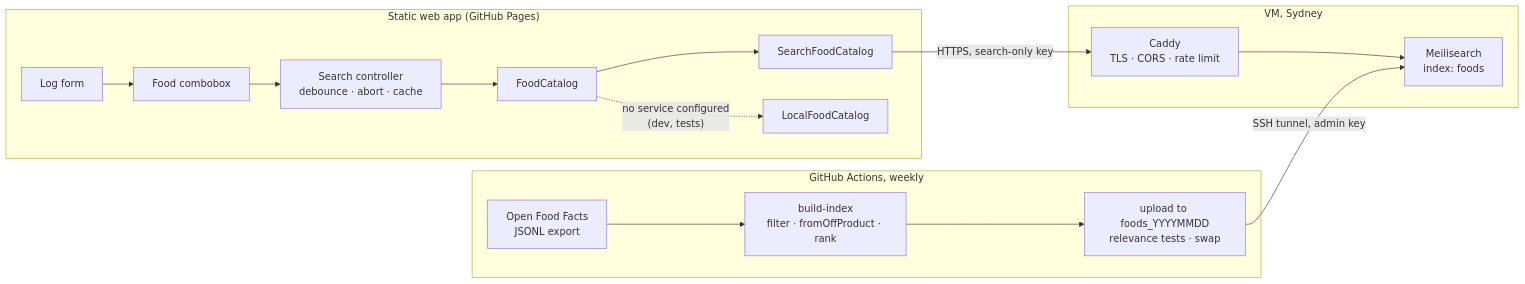
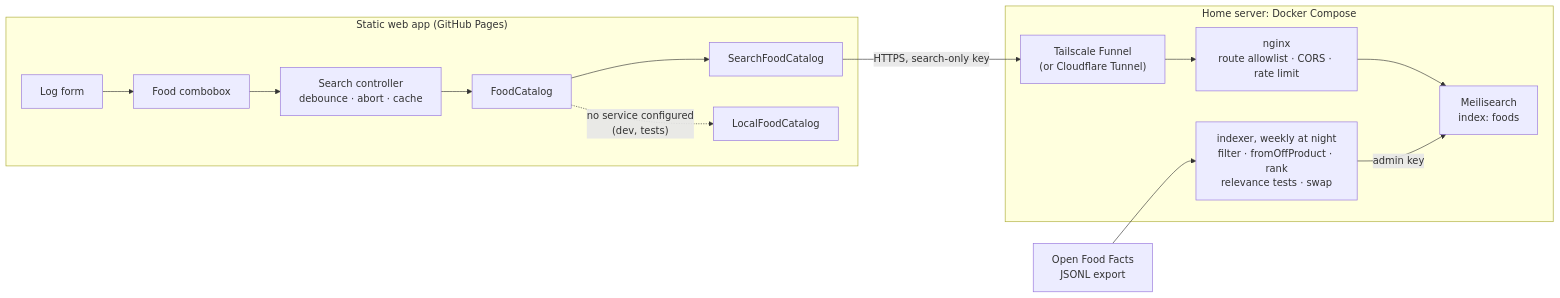
The diagram in docs/FOOD_SEARCH.md (Froussios/fitbit-nutrition-portal), drawn with Mermaid before and after one commit. The commit also changed other lines of this file and 2 other files, not shown here.

First line of the commit message:
Food search: host on a home server instead of a paid VM

````diff
--- a/docs/FOOD_SEARCH.md
+++ b/docs/FOOD_SEARCH.md
@@ -223,19 +253,17 @@
 ```mermaid
 flowchart LR
   subgraph Browser["Static web app (GitHub Pages)"]
     Form["Log form"] --> Combo["Food combobox"]
     Combo --> Ctl["Search controller<br/>debounce · abort · cache"]
     Ctl --> FC["FoodCatalog"]
     FC --> Meili["SearchFoodCatalog"]
     FC -.->|"no service configured<br/>(dev, tests)"| Local["LocalFoodCatalog"]
   end
-  Meili -- "HTTPS, search-only key" --> Proxy
-  subgraph VM["VM, Sydney"]
-    Proxy["Caddy<br/>TLS · CORS · rate limit"] --> MS["Meilisearch<br/>index: foods"]
+  Meili -- "HTTPS, search-only key" --> Funnel["Tailscale Funnel<br/>(or Cloudflare Tunnel)"]
+  subgraph Home["Home server: Docker Compose"]
+    Funnel --> Proxy["nginx<br/>route allowlist · CORS · rate limit"]
+    Proxy --> MS["Meilisearch<br/>index: foods"]
+    Indexer["indexer, weekly at night<br/>filter · fromOffProduct · rank<br/>relevance tests · swap"] -- "admin key" --> MS
   end
-  subgraph GHA["GitHub Actions, weekly"]
-    Dump["Open Food Facts<br/>JSONL export"] --> Build["build-index<br/>filter · fromOffProduct · rank"]
-    Build --> Upload["upload to foods_YYYYMMDD<br/>relevance tests · swap"]
-  end
-  Upload -- "SSH tunnel, admin key" --> MS
+  Dump["Open Food Facts<br/>JSONL export"] --> Indexer
 ```
````
